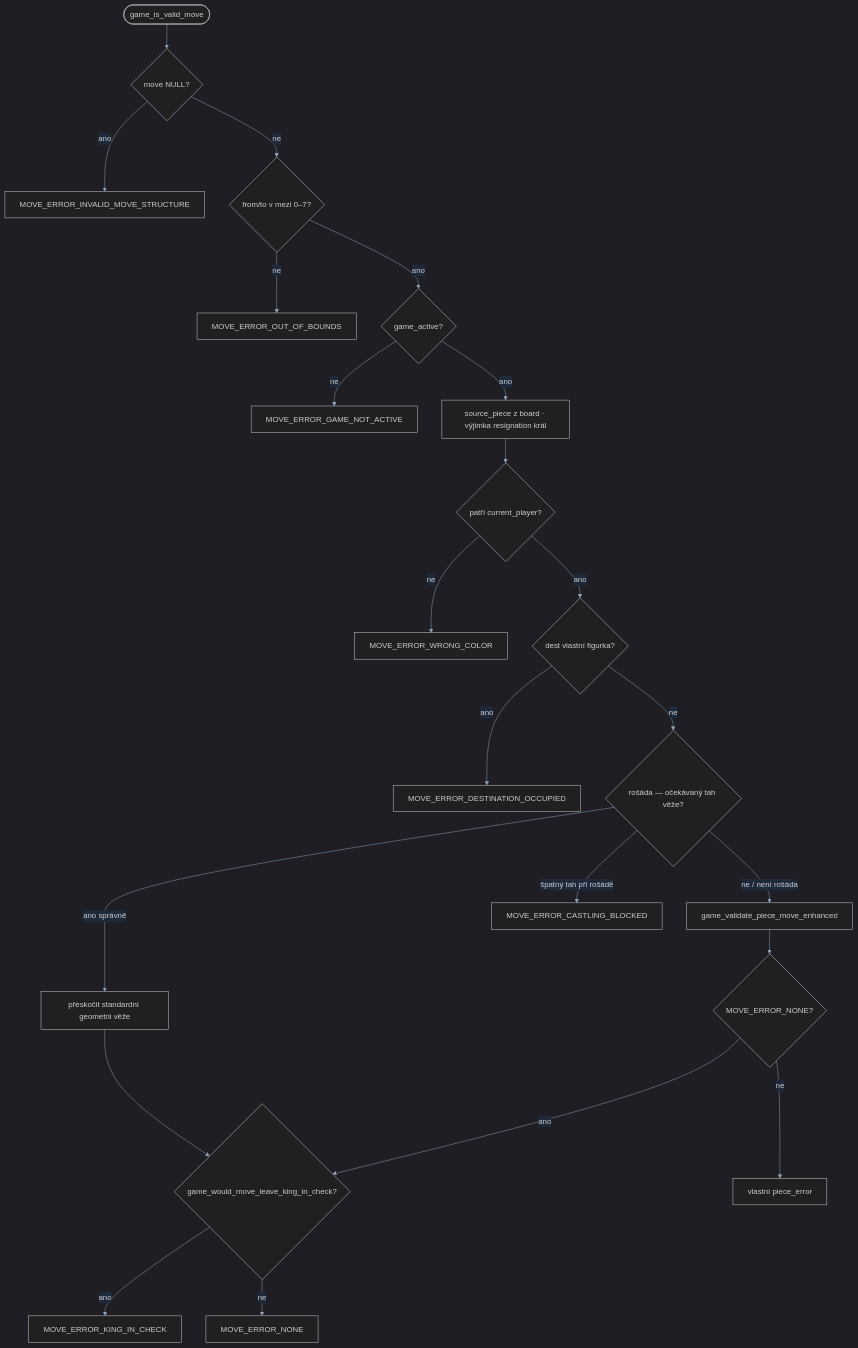
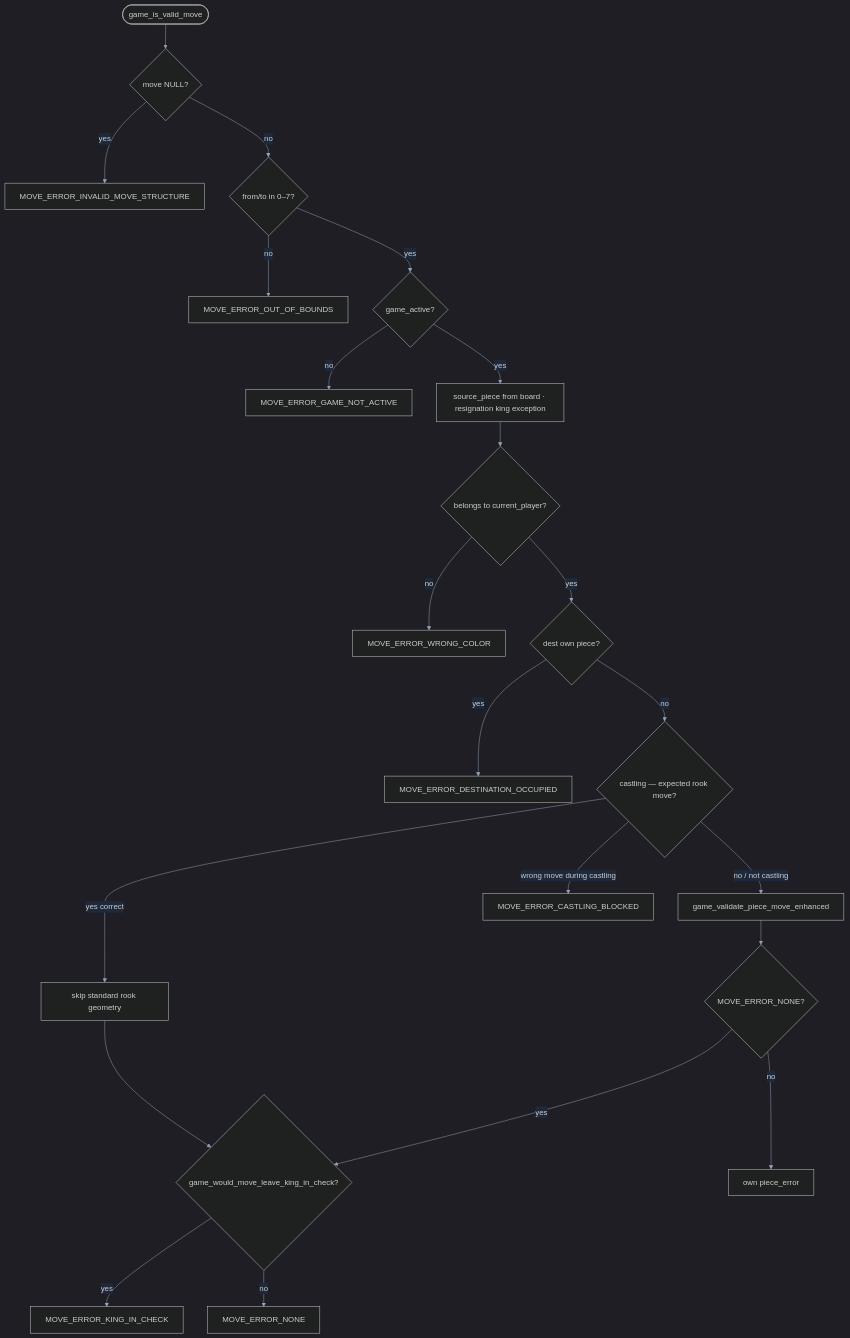
One commit to AlfredKrutina/chess_esp32_c6_devkit changed the diagram in docs/diagrams/sources/chess_validation_pipeline.mmd. Above: the diagram before and after it, drawn with Mermaid. The commit also changed 372 other files, not shown here.

```diff
--- a/docs/diagrams/sources/chess_validation_pipeline.mmd
+++ b/docs/diagrams/sources/chess_validation_pipeline.mmd
@@ -1,27 +1,27 @@
-%% game_is_valid_move — řetěz kontrol před provedením tahu game_task.c
+%% game_is_valid_move — check chain before executing a move game_task.c
 %%{init: {'theme':'dark','themeVariables':{'fontFamily':'system-ui,sans-serif','clusterBkg':'#0f172a','clusterBorder':'#334155','lineColor':'#94a3b8','primaryTextColor':'#f1f5f9','edgeLabelBackground':'#1e293b','titleColor':'#f8fafc'}}}%%
 flowchart TD
   V([game_is_valid_move]) --> N{move NULL?}
-  N -->|ano| E1[MOVE_ERROR_INVALID_MOVE_STRUCTURE]
-  N -->|ne| BOUNDS{from/to v mezi 0–7?}
-  BOUNDS -->|ne| E2[MOVE_ERROR_OUT_OF_BOUNDS]
-  BOUNDS -->|ano| ACT{game_active?}
-  ACT -->|ne| E3[MOVE_ERROR_GAME_NOT_ACTIVE]
-  ACT -->|ano| SRC[source_piece z board · výjimka resignation král]
+  N -->|yes| E1[MOVE_ERROR_INVALID_MOVE_STRUCTURE]
+  N -->|no| BOUNDS{from/to in 0–7?}
+  BOUNDS -->|no| E2[MOVE_ERROR_OUT_OF_BOUNDS]
+  BOUNDS -->|yes| ACT{game_active?}
+  ACT -->|no| E3[MOVE_ERROR_GAME_NOT_ACTIVE]
+  ACT -->|yes| SRC[source_piece from board · resignation king exception]
 
-  SRC --> COLOR{patří current_player?}
-  COLOR -->|ne| E4[MOVE_ERROR_WRONG_COLOR]
-  COLOR -->|ano| OWN{dest vlastní figurka?}
-  OWN -->|ano| E5[MOVE_ERROR_DESTINATION_OCCUPIED]
-  OWN -->|ne| CAST{rošáda — očekávaný tah věže?}
+  SRC --> COLOR{belongs to current_player?}
+  COLOR -->|no| E4[MOVE_ERROR_WRONG_COLOR]
+  COLOR -->|yes| OWN{dest own piece?}
+  OWN -->|yes| E5[MOVE_ERROR_DESTINATION_OCCUPIED]
+  OWN -->|no| CAST{castling — expected rook move?}
 
-  CAST -->|ano správně| SKIP[přeskočit standardní geometrii věže]
-  CAST -->|ne / není rošáda| PIECE[game_validate_piece_move_enhanced]
-  CAST -->|špatný tah při rošádě| E_CAST[MOVE_ERROR_CASTLING_BLOCKED]
+  CAST -->|yes correct| SKIP[skip standard rook geometry]
+  CAST -->|no / not castling| PIECE[game_validate_piece_move_enhanced]
+  CAST -->|wrong move during castling| E_CAST[MOVE_ERROR_CASTLING_BLOCKED]
   SKIP --> CHECK
   PIECE --> PE{MOVE_ERROR_NONE?}
-  PE -->|ne| EP[vlastní piece_error]
-  PE -->|ano| CHECK{game_would_move_leave_king_in_check?}
+  PE -->|no| EP[own piece_error]
+  PE -->|yes| CHECK{game_would_move_leave_king_in_check?}
 
-  CHECK -->|ano| E6[MOVE_ERROR_KING_IN_CHECK]
-  CHECK -->|ne| OK[MOVE_ERROR_NONE]
+  CHECK -->|yes| E6[MOVE_ERROR_KING_IN_CHECK]
+  CHECK -->|no| OK[MOVE_ERROR_NONE]
```
